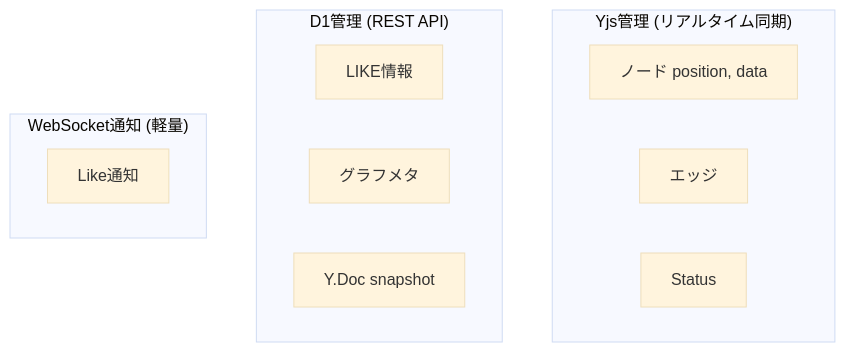
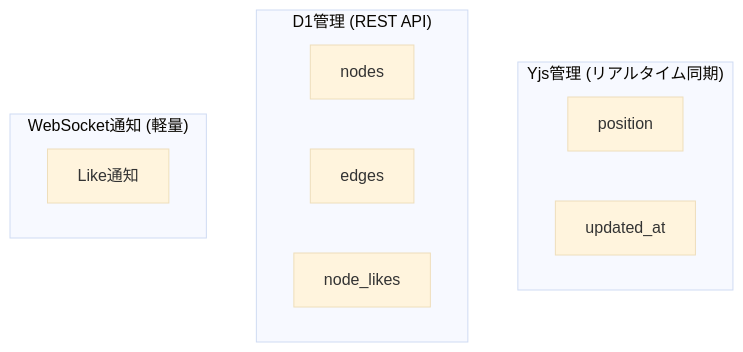
One commit to wtnqk/think-graph changed the fourth of 5 diagrams in docs/03-data-model.md. Above: the diagram before and after it, drawn with Mermaid (base theme). The commit also changed other lines of this file and 1 other file, not shown here.

````diff
--- a/docs/03-data-model.md
+++ b/docs/03-data-model.md
@@ -101,18 +130,17 @@
 ```mermaid
 graph TB
     subgraph "Yjs管理 (リアルタイム同期)"
-        N[ノード position, data]
-        E[エッジ]
-        S[Status]
+        P[position]
+        U[updated_at]
     end
 
     subgraph "D1管理 (REST API)"
-        L[LIKE情報]
-        GM[グラフメタ]
-        SS[Y.Doc snapshot]
+        N[nodes]
+        E[edges]
+        L[node_likes]
     end
 
     subgraph "WebSocket通知 (軽量)"
         LN[Like通知]
     end
 ```
````
